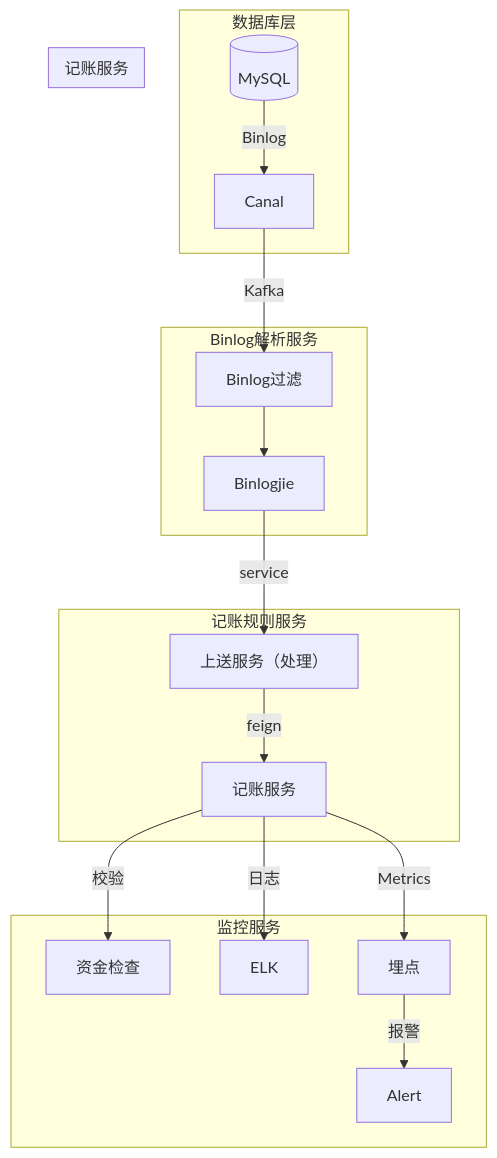
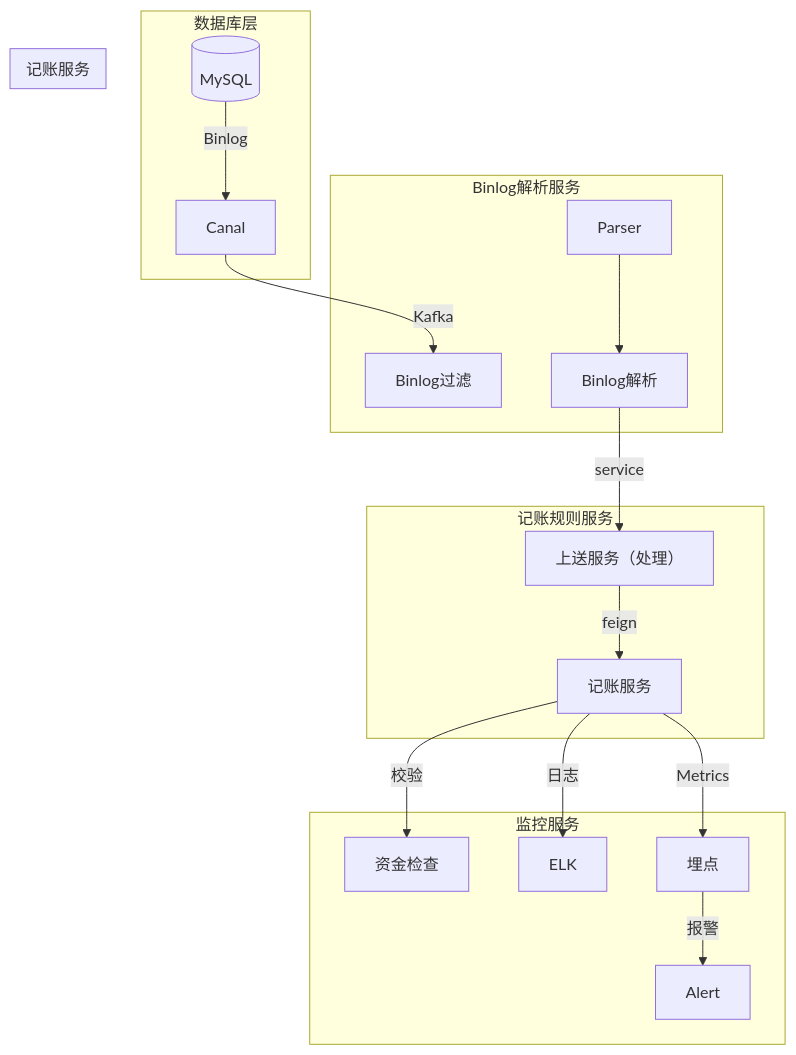
The diagram in all/记账架构图.md (87828943/iodraw-files), drawn with Mermaid before and after one commit.

Commit message:
2025-07-07 14:43:26 update

````diff
--- a/all/记账架构图.md
+++ b/all/记账架构图.md
@@ -1,23 +1,23 @@
 ```mermaid
 graph TB
     subgraph 数据库层
         DB[(MySQL)] -->|Binlog| Canal
     end
     subgraph Binlog解析服务
-        Canal -->|Kafka| Parser[Binlog过滤]
-        Parser --> Parser2[Binlogjie]
+        Canal -->|Kafka| Parser1[Binlog过滤]
+        Parser --> Parser2[Binlog解析]
     end
     subgraph 记账规则服务
         Parser2 -->|service| Engine[上送服务（处理）]
         Engine -->|feign| Accounting[记账服务]
     end
     subgraph 记账服务
        
     end
     subgraph 监控服务
         Accounting --> |校验| 资金检查
         Accounting -->|日志| ELK
         Accounting -->|Metrics| 埋点
         埋点 -->|报警| Alert
     end
 ```
````
